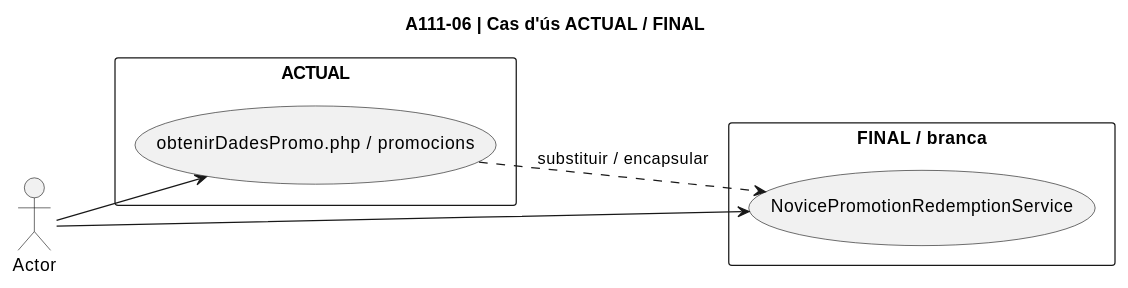
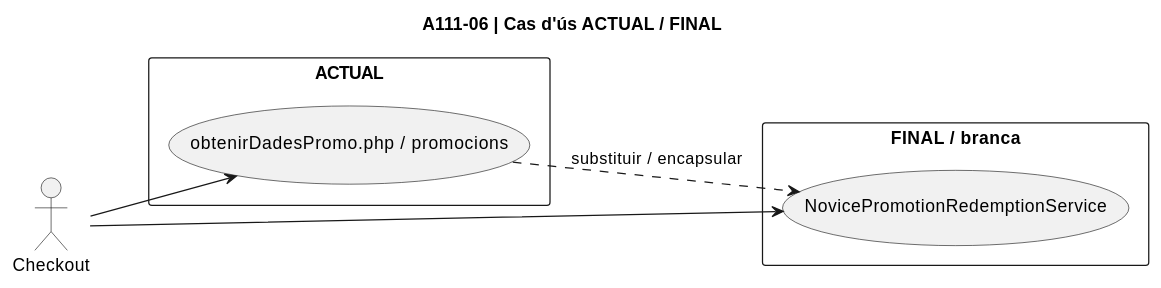
Before and after one commit to orgmeriemprismacat-del/verifactu: diagram 21 of 48 in documentacio/07-uml-integrat/uc-111-diagrames-per-accio.md, drawn with PlantUML. The commit also changed other lines of this file, not shown here.

Commit message:
fix docs UC-111: restore explicit actor declarations in all 12 per-action use-case diagrams

````diff
--- a/documentacio/07-uml-integrat/uc-111-diagrames-per-accio.md
+++ b/documentacio/07-uml-integrat/uc-111-diagrames-per-accio.md
@@ -397,15 +402,16 @@
 ```plantuml
 @startuml
 title A111-06 | Cas d'ús ACTUAL / FINAL
 left to right direction
+actor "Checkout" as Actor
 rectangle "ACTUAL" {
   usecase "obtenirDadesPromo.php / promocions" as Current
 }
 rectangle "FINAL / branca" {
   usecase "NovicePromotionRedemptionService" as Target
 }
 Actor --> Current
 Actor --> Target
 Current ..> Target : substituir / encapsular
 @enduml
 ```
````
